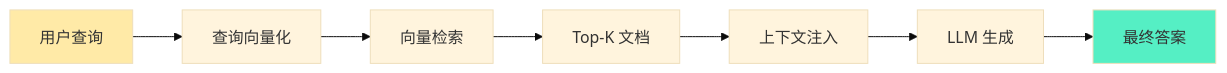
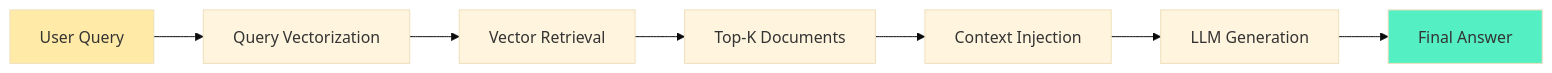
Before and after one commit to YiWang24/AiDIY: diagram 12 of 15 in docs/ai/rag/01-introduction.mdx, drawn with Mermaid (base theme). The commit also changed other lines of this file and 10 other files, not shown here.

First line of the commit message:
docs: enhance RAG documentation and fix Mermaid diagrams

````diff
--- a/docs/ai/rag/01-introduction.mdx
+++ b/docs/ai/rag/01-introduction.mdx
@@ -1271,12 +1272,12 @@
 ```mermaid
 flowchart LR
-    A["用户查询"] --> B["查询向量化"]
-    B --> C["向量检索"]
-    C --> D["Top-K 文档"]
-    D --> E["上下文注入"]
-    E --> F["LLM 生成"]
-    F --> G["最终答案"]
+    A["User Query"] --> B["Query Vectorization"]
+    B --> C["Vector Retrieval"]
+    C --> D["Top-K Documents"]
+    D --> E["Context Injection"]
+    E --> F["LLM Generation"]
+    F --> G["Final Answer"]
 
     style A fill:#ffeaa7
     style G fill:#55efc4
 ```
````
